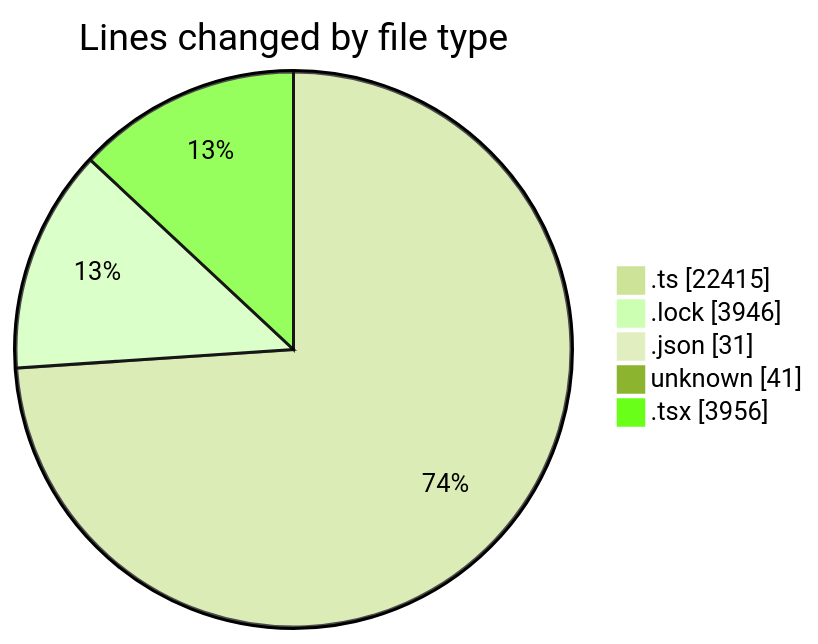
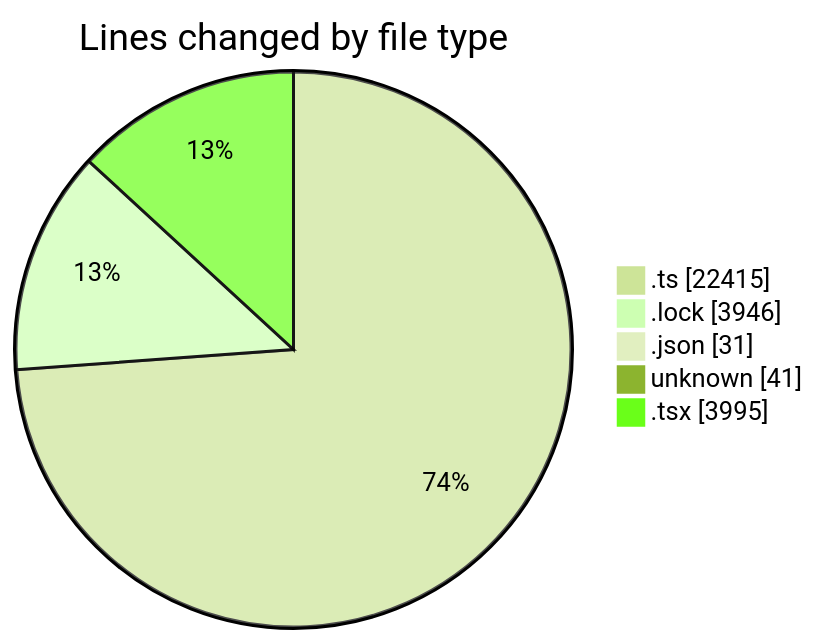
One commit to momahboobian/code-tracking changed the first of 2 diagrams in 2025-08-19/cda/README.md. Above: the diagram before and after it, drawn with Mermaid (forest theme). The commit also changed other lines of this file and 1 other file, not shown here.

````diff
--- a/2025-08-19/cda/README.md
+++ b/2025-08-19/cda/README.md
@@ -48,9 +48,9 @@
 ```mermaid
 pie showData
 title Lines changed by file type
 ".ts" : 22415
 ".lock" : 3946
 ".json" : 31
 "unknown" : 41
-".tsx" : 3956
+".tsx" : 3995
 ```
````
